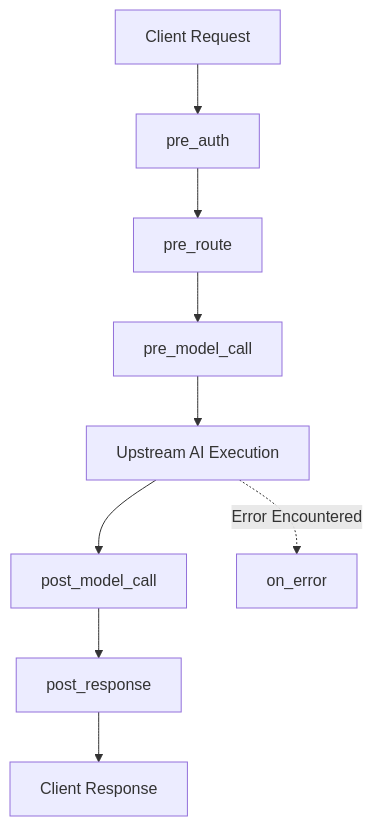
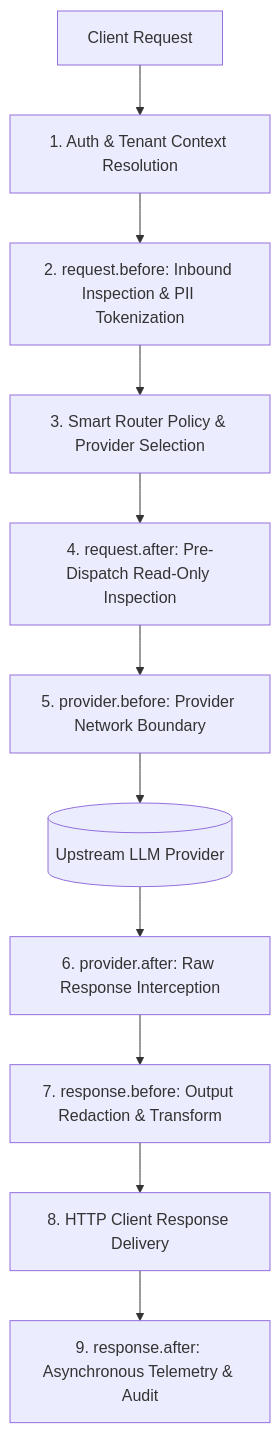
Before and after one commit to bhakha-services/naagmani-docs: the diagram in docs/plugins/hooks.md, drawn with Mermaid. The commit also changed other lines of this file and 38 other files, not shown here.

````diff
--- a/docs/plugins/hooks.md
+++ b/docs/plugins/hooks.md
@@ -5,12 +5,13 @@
 ```mermaid
 flowchart TD
-    A[Client Request] --> B[pre_auth]
-    B --> C[pre_route]
-    C --> D[pre_model_call]
-    D --> E[Upstream AI Execution]
-    E --> F[post_model_call]
-    F --> G[post_response]
-    G --> H[Client Response]
-    
-    E -.->|Error Encountered| I[on_error]
+    Req[Client Request] --> Auth[1. Auth & Tenant Context Resolution]
+    Auth --> RBefore[2. request.before: Inbound Inspection & PII Tokenization]
+    RBefore --> SmartRouter[3. Smart Router Policy & Provider Selection]
+    SmartRouter --> RAfter[4. request.after: Pre-Dispatch Read-Only Inspection]
+    RAfter --> PBefore[5. provider.before: Provider Network Boundary]
+    PBefore --> Provider[(Upstream LLM Provider)]
+    Provider --> PAfter[6. provider.after: Raw Response Interception]
+    PAfter --> RespBefore[7. response.before: Output Redaction & Transform]
+    RespBefore --> Egress[8. HTTP Client Response Delivery]
+    Egress --> RespAfter[9. response.after: Asynchronous Telemetry & Audit]
 ```
````
